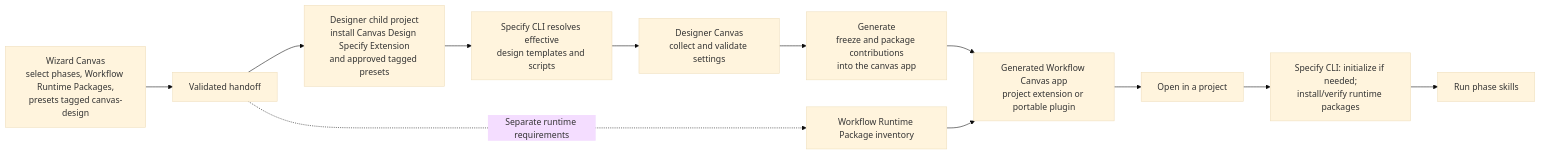
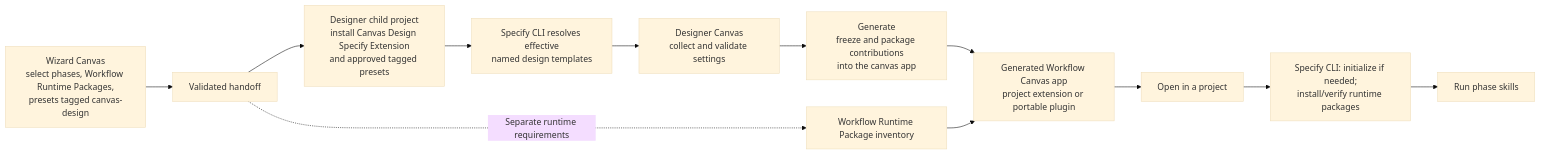
Before and after one commit to nicolehaugen/spec-kit-copilot: the diagram in spec-kit-extensions/extension-canvas-design/ARCHITECTURE.md, drawn with Mermaid (base theme). The commit also changed other lines of this file and 26 other files, not shown here.

````diff
--- a/spec-kit-extensions/extension-canvas-design/ARCHITECTURE.md
+++ b/spec-kit-extensions/extension-canvas-design/ARCHITECTURE.md
@@ -31,16 +31,16 @@
 ```mermaid
 flowchart LR
     W["Wizard Canvas<br/>select phases, Workflow Runtime Packages,<br/>presets tagged canvas-design"]
     --> H["Validated handoff"]
     H --> D["Designer child project<br/>install Canvas Design Specify Extension<br/>and approved tagged presets"]
-    D --> R["Specify CLI resolves effective<br/>design templates and scripts"]
+    D --> R["Specify CLI resolves effective<br/>named design templates"]
     R --> DC["Designer Canvas<br/>collect and validate settings"]
     DC --> G["Generate<br/>freeze and package contributions<br/>into the canvas app"]
     G --> WC["Generated Workflow Canvas app<br/>project extension or portable plugin"]
 
     H -. "Separate runtime requirements" .-> I["Workflow Runtime Package inventory"]
     I --> WC
     WC --> P["Open in a project"]
     P --> S["Specify CLI: initialize if needed;<br/>install/verify runtime packages"]
     S --> X["Run phase skills"]
 ```
````
